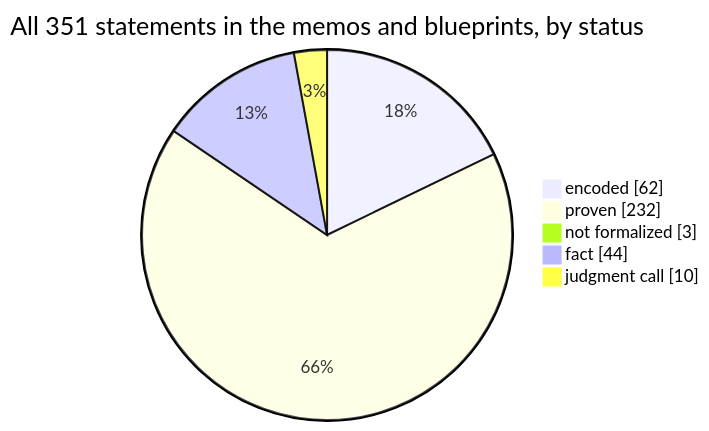
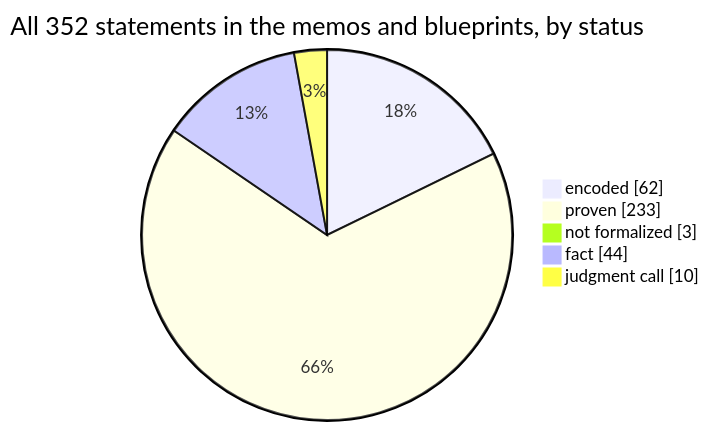
One commit to SeanWMurray/Canteen changed the first of 4 diagrams in docs/graphs/dashboard.md. Above: the diagram before and after it, drawn with Mermaid. The commit also changed other lines of this file and 16 other files, not shown here.

````diff
--- a/docs/graphs/dashboard.md
+++ b/docs/graphs/dashboard.md
@@ -11,8 +11,8 @@
 ```mermaid
-pie showData title All 351 statements in the memos and blueprints, by status
+pie showData title All 352 statements in the memos and blueprints, by status
     "encoded" : 62
-    "proven" : 232
+    "proven" : 233
     "not formalized" : 3
     "fact" : 44
     "judgment call" : 10
 ```
````
